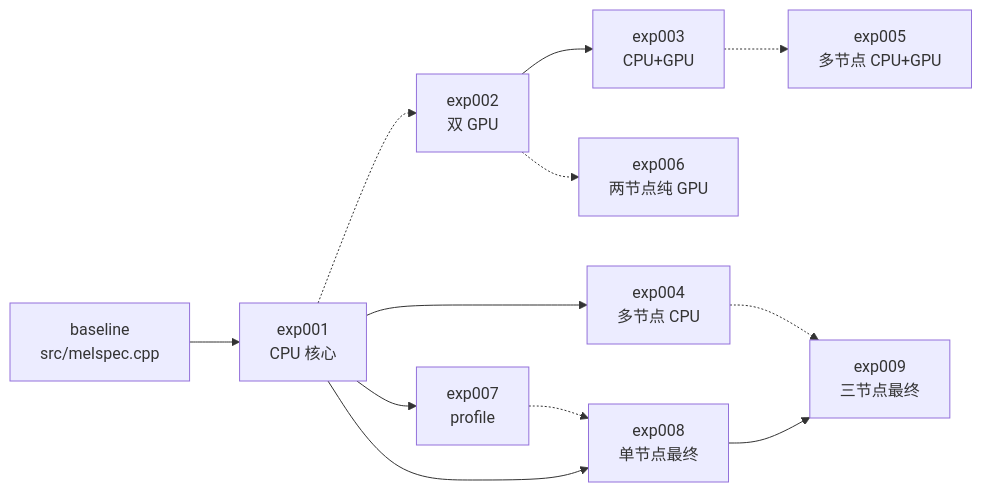
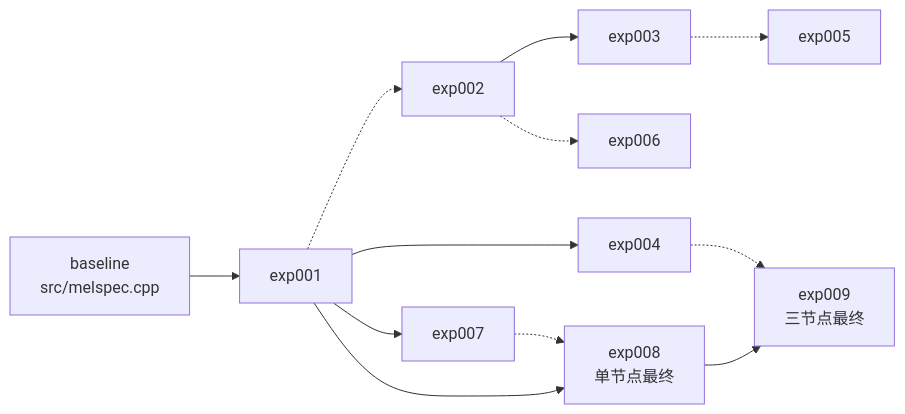
The diagram in docs/presentation-script.md (Citrate657/recruitment-2026-autumn), drawn with Mermaid before and after one commit. The commit also changed other lines of this file and 9 other files, not shown here.

````diff
--- a/docs/presentation-script.md
+++ b/docs/presentation-script.md
@@ -90,25 +45,25 @@
 ```mermaid
 flowchart LR
   BASE["baseline<br/>src/melspec.cpp"]
-  E1["exp001<br/>CPU 核心"]
-  E2["exp002<br/>双 GPU"]
-  E3["exp003<br/>CPU+GPU"]
-  E4["exp004<br/>多节点 CPU"]
-  E5["exp005<br/>多节点 CPU+GPU"]
-  E6["exp006<br/>两节点纯 GPU"]
-  E7["exp007<br/>profile"]
+  E1["exp001"]
+  E2["exp002"]
+  E3["exp003"]
+  E4["exp004"]
+  E5["exp005"]
+  E6["exp006"]
+  E7["exp007"]
   E8["exp008<br/>单节点最终"]
   E9["exp009<br/>三节点最终"]
 
   BASE --> E1
   E1 -.-> E2
   E2 --> E3
   E3 -.-> E5
   E2 -.-> E6
   E1 --> E4
   E1 --> E7
   E1 --> E8
   E7 -.-> E8
   E8 --> E9
   E4 -.-> E9
 ```
````
